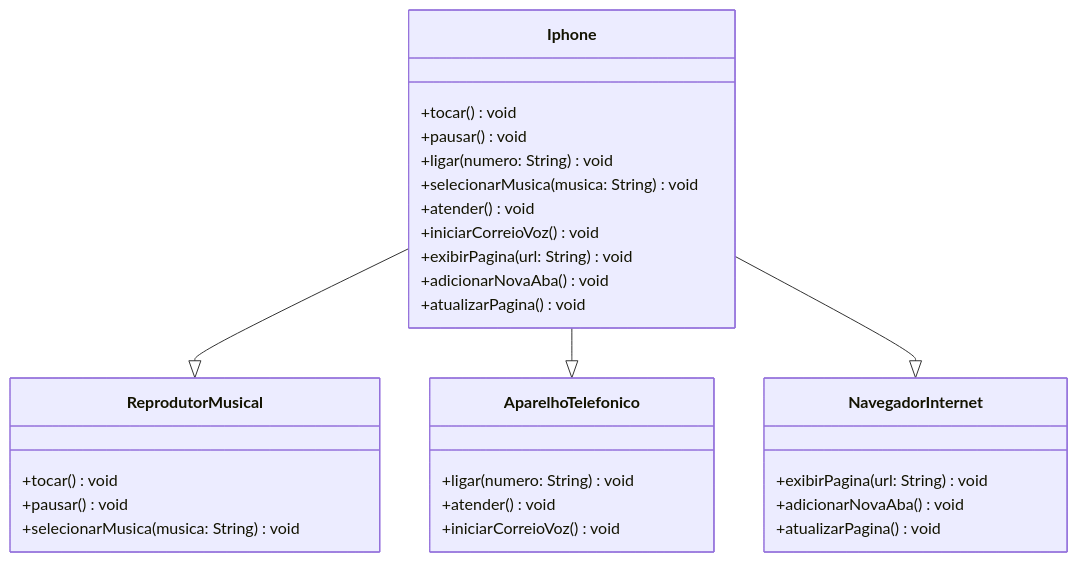
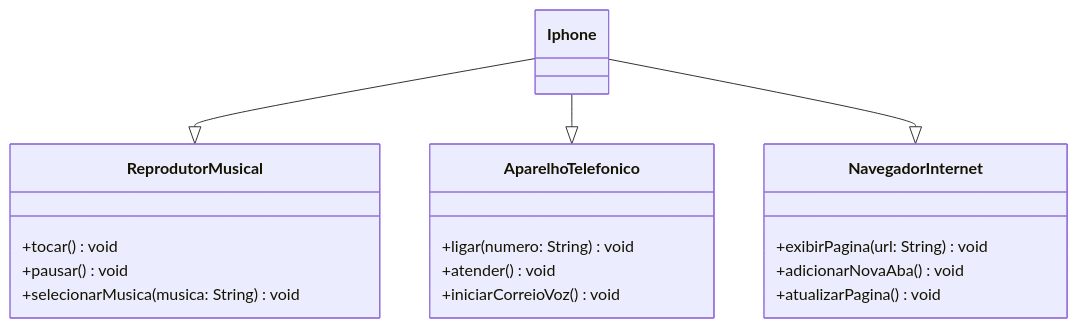
One commit to inacioads23/pooProject changed the diagram in README.md. Above: the diagram before and after it, drawn with Mermaid.

Commit message:
Update file README.md

````diff
--- a/README.md
+++ b/README.md
@@ -31,32 +31,23 @@
 ```mermaid
 classDiagram
     Iphone --|> ReprodutorMusical
     Iphone --|> AparelhoTelefonico
     Iphone --|> NavegadorInternet    
-	class Iphone {
-        +tocar() void
-        +pausar() void
-        +ligar(numero: String) void
-        +selecionarMusica(musica: String) void
-        +atender() void
-        +iniciarCorreioVoz() void
-        +exibirPagina(url: String) void
-        +adicionarNovaAba() void
-        +atualizarPagina() void
+	class Iphone {        
     }
     class ReprodutorMusical{
       +tocar() void
 	  +pausar() void
 	  +selecionarMusica(musica: String) void
     }
     class AparelhoTelefonico{
       +ligar(numero: String) void
 	  +atender() void
 	  +iniciarCorreioVoz() void
     }
     class NavegadorInternet{
       +exibirPagina(url: String) void
       +adicionarNovaAba() void
 	  +atualizarPagina() void
     }
 ```
````
